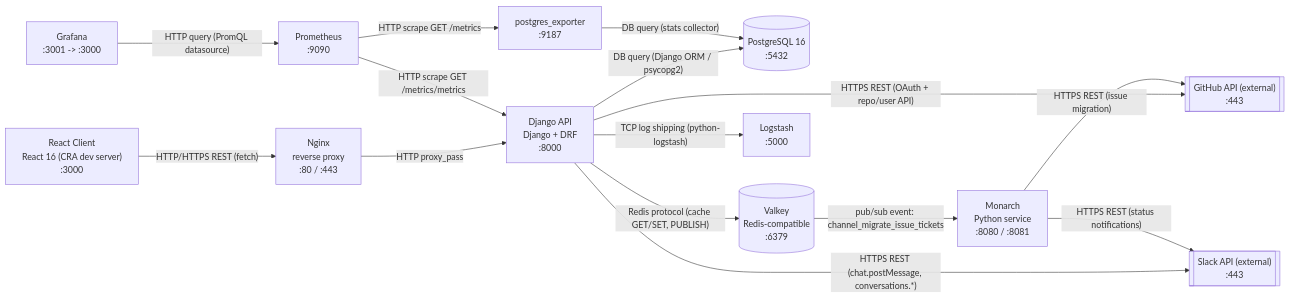
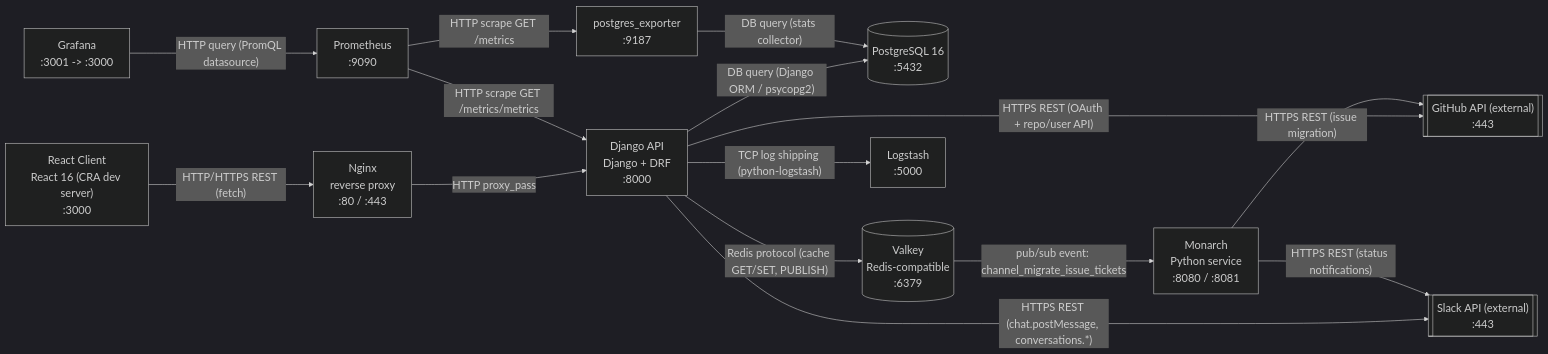
The diagram in system-map-ai.md (KaiSwain/learn-ops-infrastructure), drawn with Mermaid before and after one commit. The commit also changed other lines of this file, not shown here.

Commit message:
Add system map AI

````diff
--- a/system-map-ai.md
+++ b/system-map-ai.md
@@ -2,30 +1,31 @@
 ```mermaid
+%%{init: {'theme': 'dark', 'themeVariables': {'fontSize': '20px'}, 'flowchart': {'nodeSpacing': 60, 'rankSpacing': 100}}}%%
 graph LR
     Client["React Client<br/>React 16 (CRA dev server)<br/>:3000"]
     Nginx["Nginx<br/>reverse proxy<br/>:80 / :443"]
     API["Django API<br/>Django + DRF<br/>:8000"]
     DB[("PostgreSQL 16<br/>:5432")]
     Valkey[("Valkey<br/>Redis-compatible<br/>:6379")]
     Monarch["Monarch<br/>Python service<br/>:8080 / :8081"]
     Logstash["Logstash<br/>:5000"]
     Prometheus["Prometheus<br/>:9090"]
     PGExporter["postgres_exporter<br/>:9187"]
     Grafana["Grafana<br/>:3001 -> :3000"]
     GitHub[["GitHub API (external)<br/>:443"]]
     Slack[["Slack API (external)<br/>:443"]]
 
     Client -->|"HTTP/HTTPS REST (fetch)"| Nginx
     Nginx -->|"HTTP proxy_pass"| API
     API -->|"DB query (Django ORM / psycopg2)"| DB
     API -->|"Redis protocol (cache GET/SET, PUBLISH)"| Valkey
     API -->|"TCP log shipping (python-logstash)"| Logstash
     API -->|"HTTPS REST (OAuth + repo/user API)"| GitHub
     API -->|"HTTPS REST (chat.postMessage, conversations.*)"| Slack
     Valkey -->|"pub/sub event: channel_migrate_issue_tickets"| Monarch
     Monarch -->|"HTTPS REST (issue migration)"| GitHub
     Monarch -->|"HTTPS REST (status notifications)"| Slack
     Prometheus -->|"HTTP scrape GET /metrics/metrics"| API
     Prometheus -->|"HTTP scrape GET /metrics"| PGExporter
     PGExporter -->|"DB query (stats collector)"| DB
     Grafana -->|"HTTP query (PromQL datasource)"| Prometheus
 ```
````
